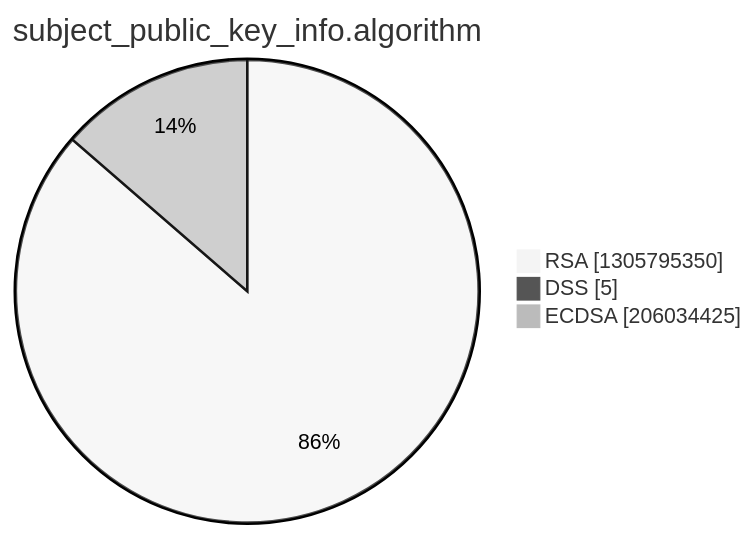
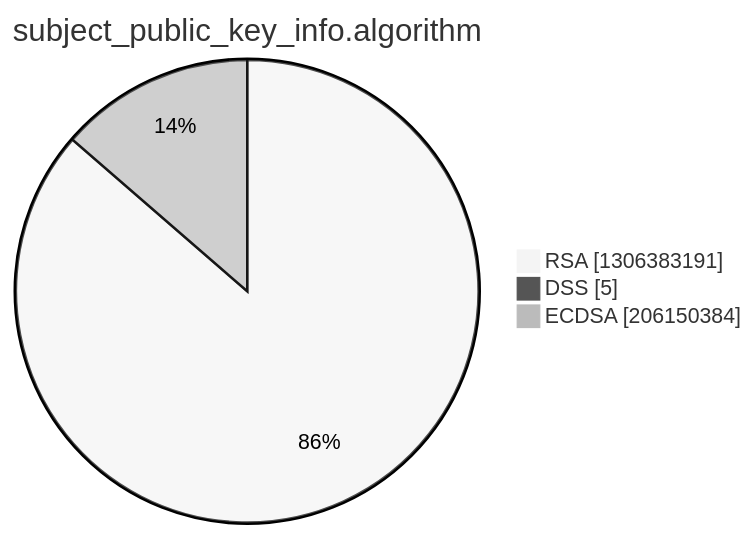
One commit to christiankrug/ctmonitor_visualization changed the third of 15 diagrams in argon2022/README.md. Above: the diagram before and after it, drawn with Mermaid (neutral theme). The commit also changed other lines of this file, not shown here.

````diff
--- a/argon2022/README.md
+++ b/argon2022/README.md
@@ -14,7 +14,7 @@
 ```mermaid
 pie showData
 title subject_public_key_info.algorithm
-"RSA" :1305795350
+"RSA" :1306383191
 "DSS" :5
-"ECDSA" :206034425
+"ECDSA" :206150384
 ```
````
